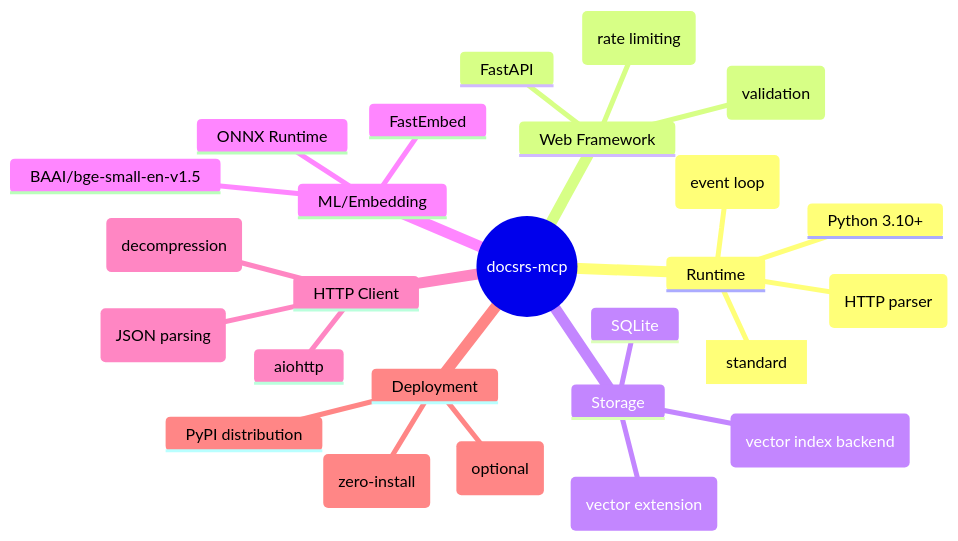
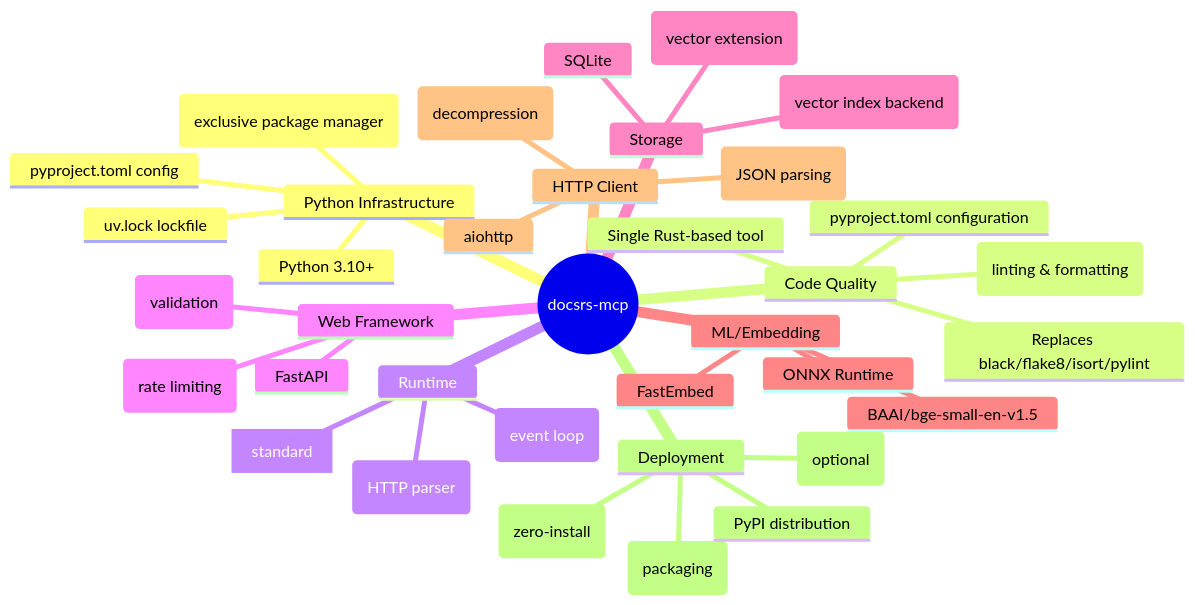
The sixth of 9 diagrams in Architecture.md (RimoVR/docsrs-mcp), drawn with Mermaid before and after one commit. The commit also changed other lines of this file and 14 other files, not shown here.

First line of the commit message:
feat: Initialize uv project with Python package structure

````diff
--- a/Architecture.md
+++ b/Architecture.md
@@ -180,34 +180,46 @@
 ```mermaid
 mindmap
   root((docsrs-mcp))
+    Python Infrastructure
+      uv (exclusive package manager)
+      Python 3.10+
+      pyproject.toml config
+      uv.lock lockfile
+      
+    Code Quality
+      Ruff (linting & formatting)
+      Replaces black/flake8/isort/pylint
+      Single Rust-based tool
+      pyproject.toml configuration
+      
     Runtime
-      Python 3.10+
       uvicorn[standard]
       uvloop (event loop)
       httptools (HTTP parser)
     
     Web Framework
       FastAPI
       Pydantic (validation)
       slowapi (rate limiting)
       
     Storage
       SQLite
       sqlite-vss (vector extension)
       FAISS (vector index backend)
       
     ML/Embedding
       FastEmbed
       ONNX Runtime
       BAAI/bge-small-en-v1.5
       
     HTTP Client
       aiohttp
       zstandard (decompression)
       orjson (JSON parsing)
       
     Deployment
       uvx (zero-install)
+      uv build (packaging)
       Docker (optional)
       PyPI distribution
 ```
````
